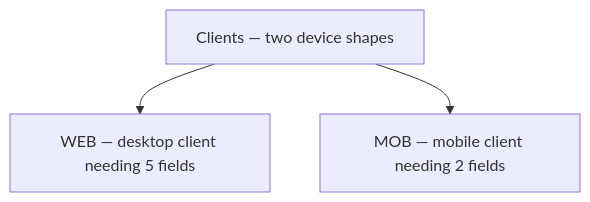
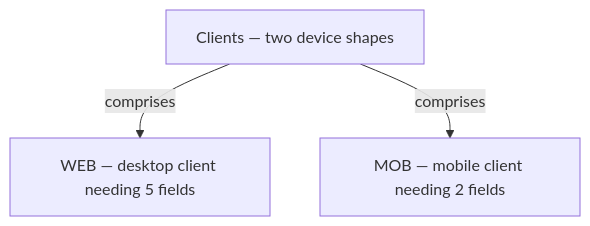
The fifth of 13 diagrams in docs/ch24-backends-for-frontends.md (vinayakuber/microservices-io-study-guide), drawn with Mermaid before and after one commit. The commit also changed other lines of this file and 71 other files, not shown here.

First line of the commit message:
R18: label every diagram arrow with its meaning

````diff
--- a/docs/ch24-backends-for-frontends.md
+++ b/docs/ch24-backends-for-frontends.md
@@ -208,6 +208,6 @@
 ```mermaid
 flowchart TD
   R["Clients — two device shapes"]
-  R --> P0["WEB — desktop client needing 5 fields"]
-  R --> P1["MOB — mobile client needing 2 fields"]
+  R -->|"comprises"| P0["WEB — desktop client needing 5 fields"]
+  R -->|"comprises"| P1["MOB — mobile client needing 2 fields"]
 ```
````
